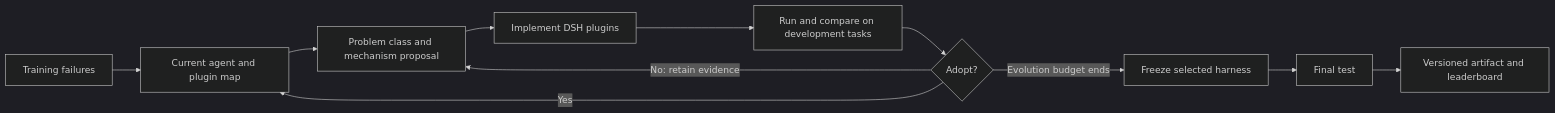
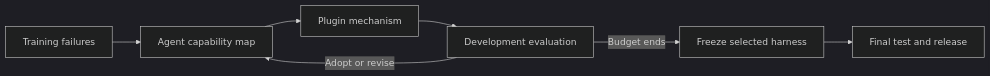
Before and after one commit to HuangShengZeBlueSky/dsh-harness-evolution: the diagram in README.md, drawn with Mermaid (dark theme). The commit also changed other lines of this file and 9 other files, not shown here.

Commit message:
Make the public leaderboard visual and put harness artifacts first

````diff
--- a/README.md
+++ b/README.md
@@ -33,13 +35,9 @@
 ```mermaid
 flowchart LR
-    A[Training failures] --> B[Current agent and plugin map]
-    B --> C[Problem class and mechanism proposal]
-    C --> D[Implement DSH plugins]
-    D --> E[Run and compare on development tasks]
-    E --> F{Adopt?}
-    F -->|Yes| B
-    F -->|No: retain evidence| C
-    F -->|Evolution budget ends| G[Freeze selected harness]
-    G --> H[Final test]
-    H --> I[Versioned artifact and leaderboard]
+    A[Training failures] --> B[Agent capability map]
+    B --> C[Plugin mechanism]
+    C --> D[Development evaluation]
+    D -->|Adopt or revise| B
+    D -->|Budget ends| E[Freeze selected harness]
+    E --> F[Final test and release]
 ```
````
